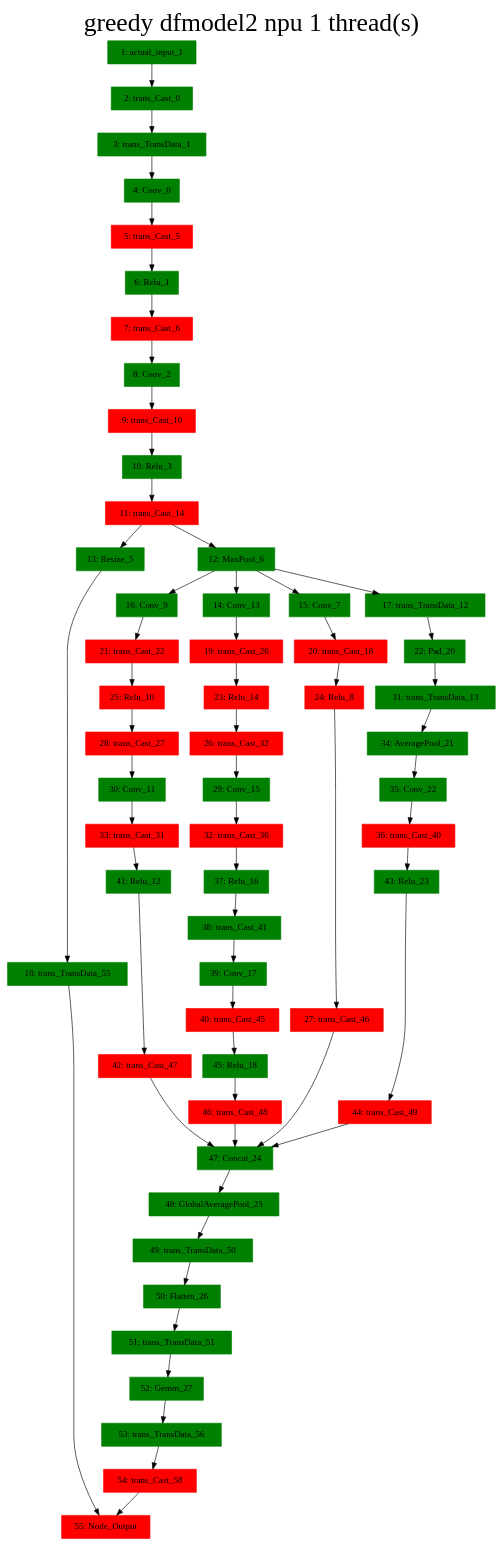
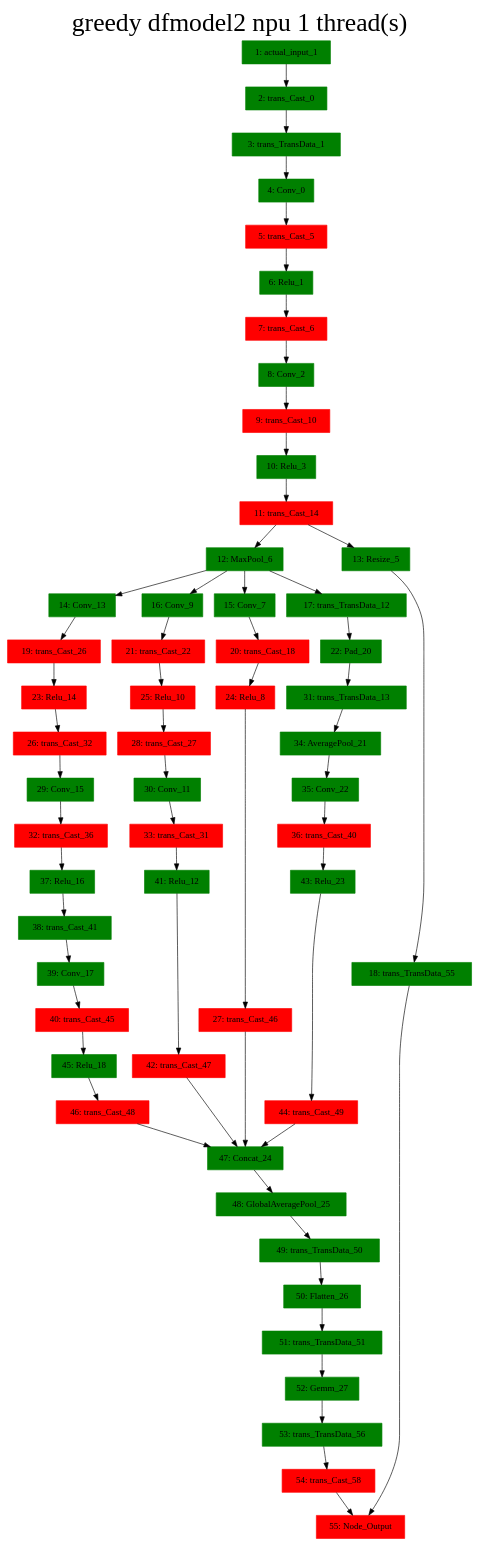
Before and after one commit to summerspringwei/DAG-Scheduler: the diagram in mnn/models/dfmodel2/npu/greedy-graphviz-dfmodel2-cpu-1.gv, drawn with Graphviz. The commit also changed other lines of this file and 32 other files, not shown here.

```diff
--- a/mnn/models/dfmodel2/npu/greedy-graphviz-dfmodel2-cpu-1.gv
+++ b/mnn/models/dfmodel2/npu/greedy-graphviz-dfmodel2-cpu-1.gv
@@ -1,118 +1,118 @@
 digraph G {
 label     = "greedy dfmodel2 npu 1 thread(s)"
     labelloc  =  t // t: Place the graph's title on top.
     fontsize  = 40 // Make title stand out by giving a large font size
     fontcolor = black"1: actual_input_1"->"2: trans_Cast_0";
 "1: actual_input_1" [shape=box,style=filled,color=green];
 "2: trans_Cast_0"->"3: trans_TransData_1";
 "2: trans_Cast_0" [shape=box,style=filled,color=green];
 "3: trans_TransData_1"->"4: Conv_0";
 "3: trans_TransData_1" [shape=box,style=filled,color=green];
 "4: Conv_0"->"5: trans_Cast_5";
 "4: Conv_0" [shape=box,style=filled,color=green];
 "5: trans_Cast_5"->"6: Relu_1";
 "5: trans_Cast_5" [shape=box,style=filled,color=red];
 "6: Relu_1"->"7: trans_Cast_6";
 "6: Relu_1" [shape=box,style=filled,color=green];
 "7: trans_Cast_6"->"8: Conv_2";
 "7: trans_Cast_6" [shape=box,style=filled,color=red];
 "8: Conv_2"->"9: trans_Cast_10";
 "8: Conv_2" [shape=box,style=filled,color=green];
 "9: trans_Cast_10"->"10: Relu_3";
 "9: trans_Cast_10" [shape=box,style=filled,color=red];
 "10: Relu_3"->"11: trans_Cast_14";
 "10: Relu_3" [shape=box,style=filled,color=green];
+"11: trans_Cast_14"->"12: MaxPool_6";
 "11: trans_Cast_14"->"13: Resize_5";
-"11: trans_Cast_14"->"12: MaxPool_6";
 "11: trans_Cast_14" [shape=box,style=filled,color=red];
 "13: Resize_5"->"18: trans_TransData_55";
 "13: Resize_5" [shape=box,style=filled,color=green];
 "18: trans_TransData_55"->"55: Node_Output";
 "18: trans_TransData_55" [shape=box,style=filled,color=green];
+"12: MaxPool_6"->"14: Conv_13";
 "12: MaxPool_6"->"16: Conv_9";
-"12: MaxPool_6"->"14: Conv_13";
 "12: MaxPool_6"->"15: Conv_7";
 "12: MaxPool_6"->"17: trans_TransData_12";
 "12: MaxPool_6" [shape=box,style=filled,color=green];
 "15: Conv_7"->"20: trans_Cast_18";
 "15: Conv_7" [shape=box,style=filled,color=green];
 "20: trans_Cast_18"->"24: Relu_8";
 "20: trans_Cast_18" [shape=box,style=filled,color=red];
 "24: Relu_8"->"27: trans_Cast_46";
 "24: Relu_8" [shape=box,style=filled,color=red];
 "27: trans_Cast_46"->"47: Concat_24";
 "27: trans_Cast_46" [shape=box,style=filled,color=red];
 "16: Conv_9"->"21: trans_Cast_22";
 "16: Conv_9" [shape=box,style=filled,color=green];
 "21: trans_Cast_22"->"25: Relu_10";
 "21: trans_Cast_22" [shape=box,style=filled,color=red];
 "25: Relu_10"->"28: trans_Cast_27";
 "25: Relu_10" [shape=box,style=filled,color=red];
 "28: trans_Cast_27"->"30: Conv_11";
 "28: trans_Cast_27" [shape=box,style=filled,color=red];
 "30: Conv_11"->"33: trans_Cast_31";
 "30: Conv_11" [shape=box,style=filled,color=green];
 "33: trans_Cast_31"->"41: Relu_12";
 "33: trans_Cast_31" [shape=box,style=filled,color=red];
 "41: Relu_12"->"42: trans_Cast_47";
 "41: Relu_12" [shape=box,style=filled,color=green];
 "42: trans_Cast_47"->"47: Concat_24";
 "42: trans_Cast_47" [shape=box,style=filled,color=red];
 "14: Conv_13"->"19: trans_Cast_26";
 "14: Conv_13" [shape=box,style=filled,color=green];
 "19: trans_Cast_26"->"23: Relu_14";
 "19: trans_Cast_26" [shape=box,style=filled,color=red];
 "23: Relu_14"->"26: trans_Cast_32";
 "23: Relu_14" [shape=box,style=filled,color=red];
 "26: trans_Cast_32"->"29: Conv_15";
 "26: trans_Cast_32" [shape=box,style=filled,color=red];
 "29: Conv_15"->"32: trans_Cast_36";
 "29: Conv_15" [shape=box,style=filled,color=green];
 "32: trans_Cast_36"->"37: Relu_16";
 "32: trans_Cast_36" [shape=box,style=filled,color=red];
 "37: Relu_16"->"38: trans_Cast_41";
 "37: Relu_16" [shape=box,style=filled,color=green];
 "38: trans_Cast_41"->"39: Conv_17";
 "38: trans_Cast_41" [shape=box,style=filled,color=green];
 "39: Conv_17"->"40: trans_Cast_45";
 "39: Conv_17" [shape=box,style=filled,color=green];
 "40: trans_Cast_45"->"45: Relu_18";
 "40: trans_Cast_45" [shape=box,style=filled,color=red];
 "45: Relu_18"->"46: trans_Cast_48";
 "45: Relu_18" [shape=box,style=filled,color=green];
 "46: trans_Cast_48"->"47: Concat_24";
 "46: trans_Cast_48" [shape=box,style=filled,color=red];
 "17: trans_TransData_12"->"22: Pad_20";
 "17: trans_TransData_12" [shape=box,style=filled,color=green];
 "22: Pad_20"->"31: trans_TransData_13";
 "22: Pad_20" [shape=box,style=filled,color=green];
 "31: trans_TransData_13"->"34: AveragePool_21";
 "31: trans_TransData_13" [shape=box,style=filled,color=green];
 "34: AveragePool_21"->"35: Conv_22";
 "34: AveragePool_21" [shape=box,style=filled,color=green];
 "35: Conv_22"->"36: trans_Cast_40";
 "35: Conv_22" [shape=box,style=filled,color=green];
 "36: trans_Cast_40"->"43: Relu_23";
 "36: trans_Cast_40" [shape=box,style=filled,color=red];
 "43: Relu_23"->"44: trans_Cast_49";
 "43: Relu_23" [shape=box,style=filled,color=green];
 "44: trans_Cast_49"->"47: Concat_24";
 "44: trans_Cast_49" [shape=box,style=filled,color=red];
 "47: Concat_24"->"48: GlobalAveragePool_25";
 "47: Concat_24" [shape=box,style=filled,color=green];
 "48: GlobalAveragePool_25"->"49: trans_TransData_50";
 "48: GlobalAveragePool_25" [shape=box,style=filled,color=green];
 "49: trans_TransData_50"->"50: Flatten_26";
 "49: trans_TransData_50" [shape=box,style=filled,color=green];
 "50: Flatten_26"->"51: trans_TransData_51";
 "50: Flatten_26" [shape=box,style=filled,color=green];
 "51: trans_TransData_51"->"52: Gemm_27";
 "51: trans_TransData_51" [shape=box,style=filled,color=green];
 "52: Gemm_27"->"53: trans_TransData_56";
 "52: Gemm_27" [shape=box,style=filled,color=green];
 "53: trans_TransData_56"->"54: trans_Cast_58";
 "53: trans_TransData_56" [shape=box,style=filled,color=green];
 "54: trans_Cast_58"->"55: Node_Output";
 "54: trans_Cast_58" [shape=box,style=filled,color=red];
 "55: Node_Output" [shape=box,style=filled,color=red];
 }
```
